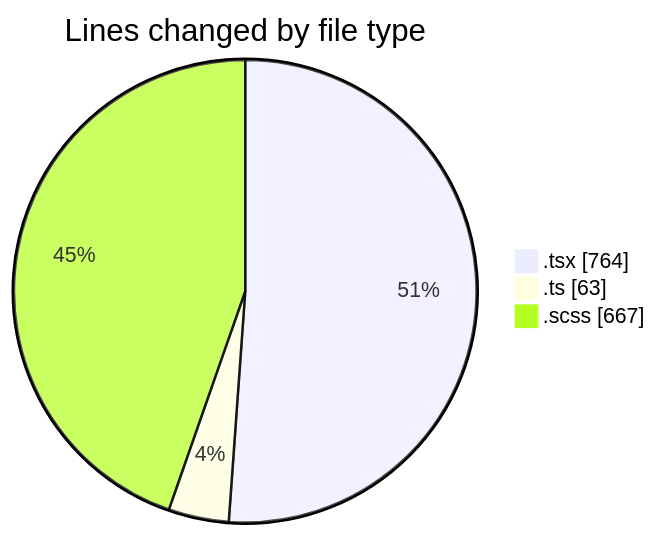
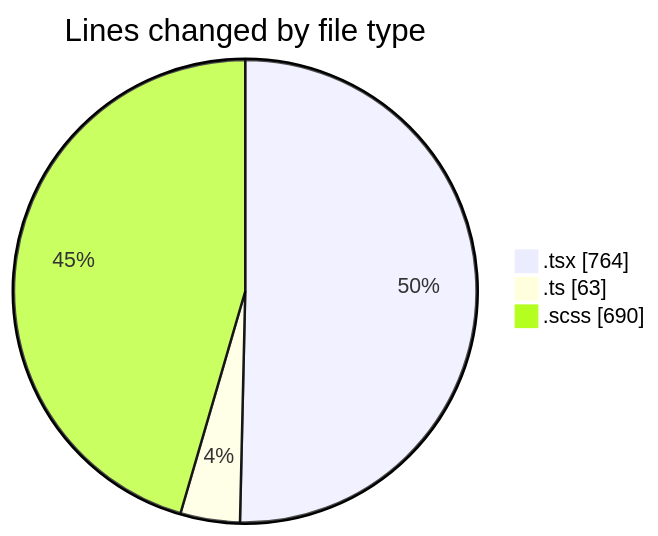
Before and after one commit to momahboobian/code-tracking: the first of 2 diagrams in 2025-04-02/cda/README.md, drawn with Mermaid. The commit also changed other lines of this file and 1 other file, not shown here.

````diff
--- a/2025-04-02/cda/README.md
+++ b/2025-04-02/cda/README.md
@@ -26,7 +26,7 @@
 ```mermaid
 pie showData
 title Lines changed by file type
 ".tsx" : 764
 ".ts" : 63
-".scss" : 667
+".scss" : 690
 ```
````
